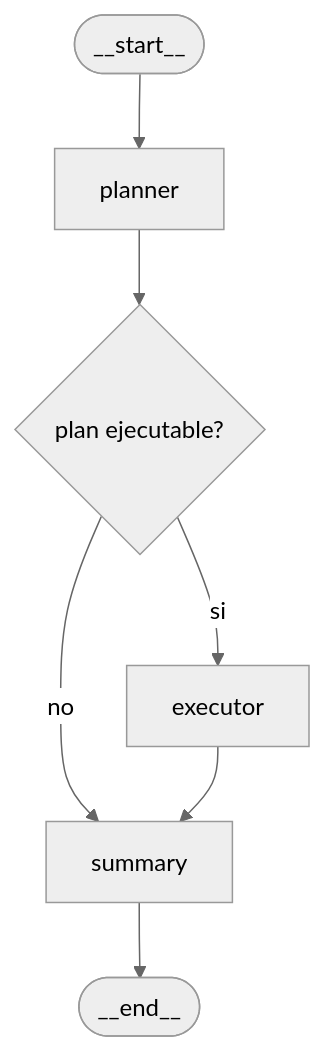
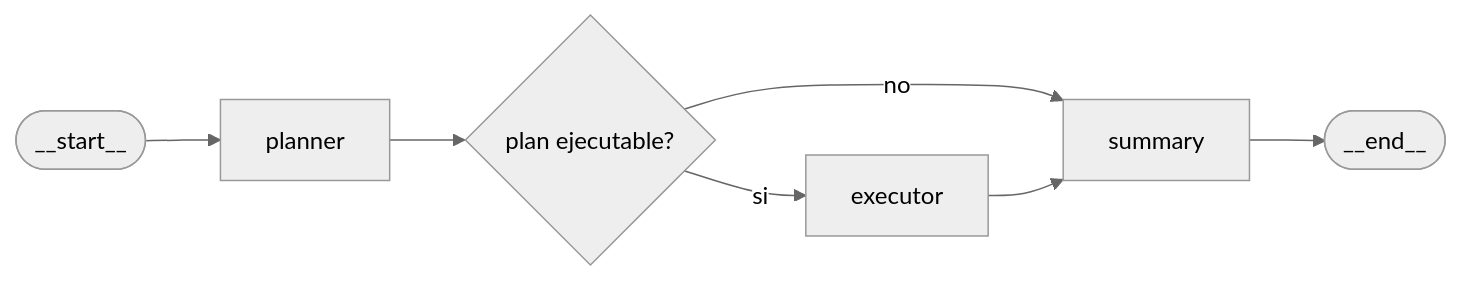
Before and after one commit to lukacerr/patagonia: the diagram in README.md, drawn with Mermaid (neutral theme). The commit also changed other lines of this file, not shown here.

````diff
--- a/README.md
+++ b/README.md
@@ -19,9 +19,9 @@
 ```mermaid
-flowchart TD
+flowchart LR
     START([__start__]) --> planner[planner]
     planner --> route{plan ejecutable?}
     route -->|si| executor[executor]
     route -->|no| summary[summary]
     executor --> summary
     summary --> END([__end__])
 ```
````
